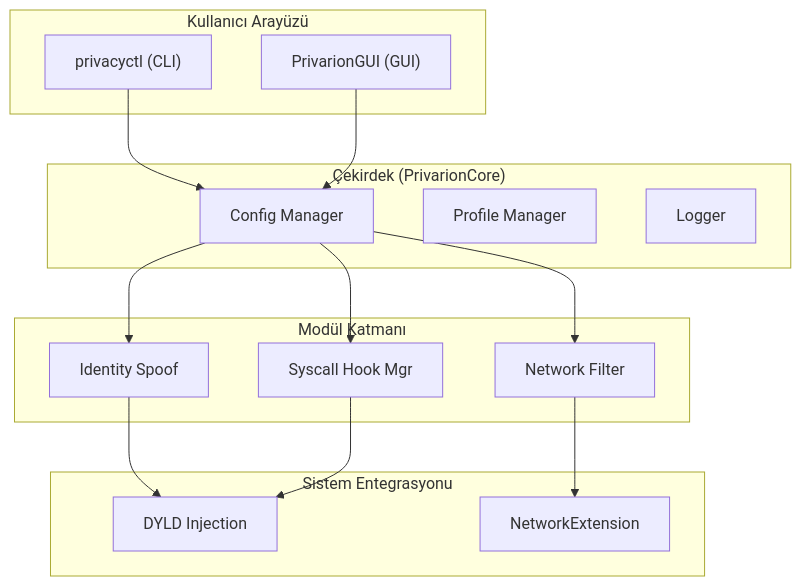
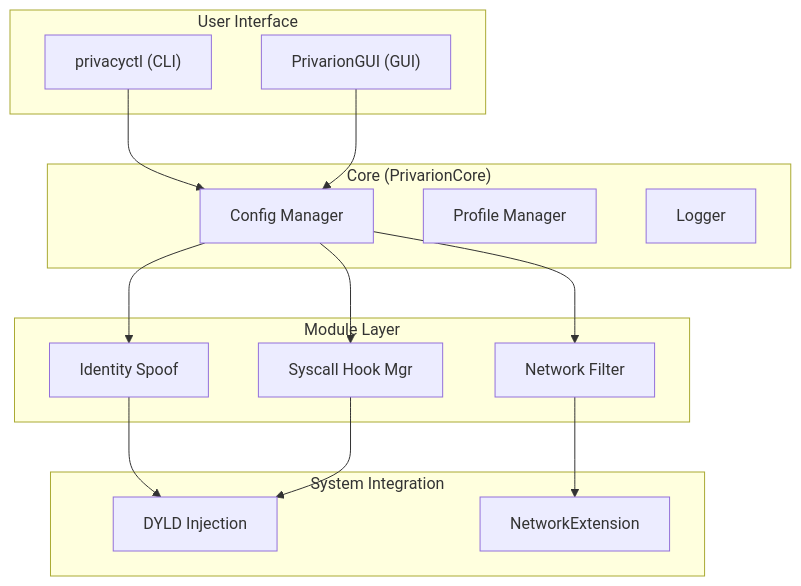
The diagram in README.md (yunusgungor/privarion), drawn with Mermaid before and after one commit. The commit also changed other lines of this file and 6 other files, not shown here.

````diff
--- a/README.md
+++ b/README.md
@@ -25,33 +23,33 @@
 ```mermaid
 graph TD
-    subgraph "Kullanıcı Arayüzü"
+    subgraph "User Interface"
         A_CLI["privacyctl (CLI)"]
         A_GUI["PrivarionGUI (GUI)"]
     end
 
-    subgraph "Çekirdek (PrivarionCore)"
+    subgraph "Core (PrivarionCore)"
         B_Config["Config Manager"]
         B_Profile["Profile Manager"]
         B_Logger["Logger"]
     end
 
-    subgraph "Modül Katmanı"
+    subgraph "Module Layer"
         C_Identity["Identity Spoof"]
         C_Network["Network Filter"]
         C_Syscall["Syscall Hook Mgr"]
     end
 
-    subgraph "Sistem Entegrasyonu"
+    subgraph "System Integration"
         D_DYLD["DYLD Injection"]
         D_NetExt["NetworkExtension"]
     end
 
     A_CLI --> B_Config;
     A_GUI --> B_Config;
     B_Config --> C_Identity;
     B_Config --> C_Network;
     B_Config --> C_Syscall;
     C_Identity --> D_DYLD;
     C_Network --> D_NetExt;
     C_Syscall --> D_DYLD;
 ```
````
